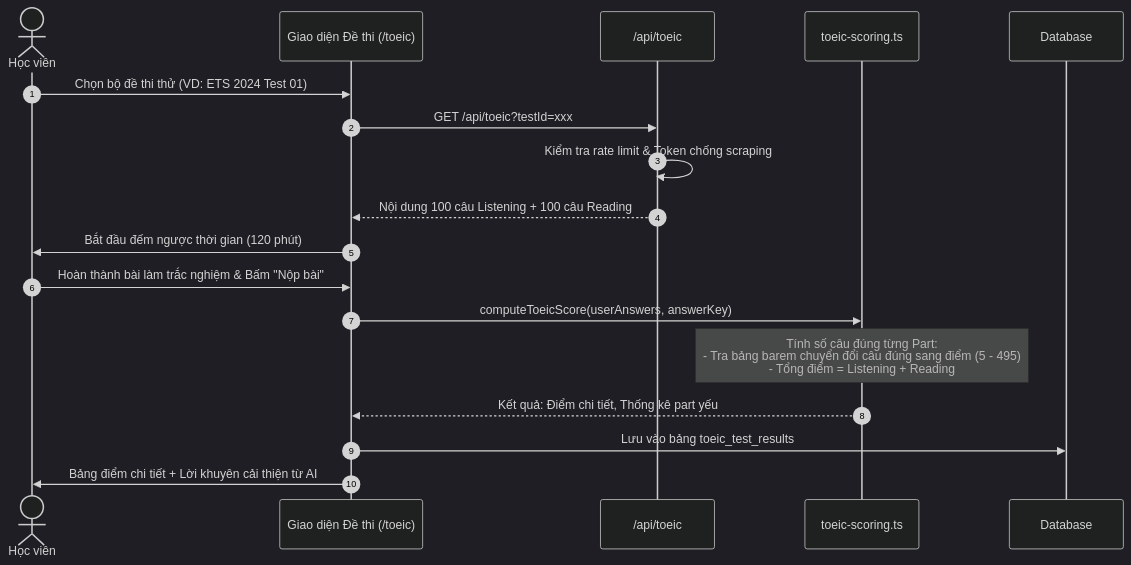
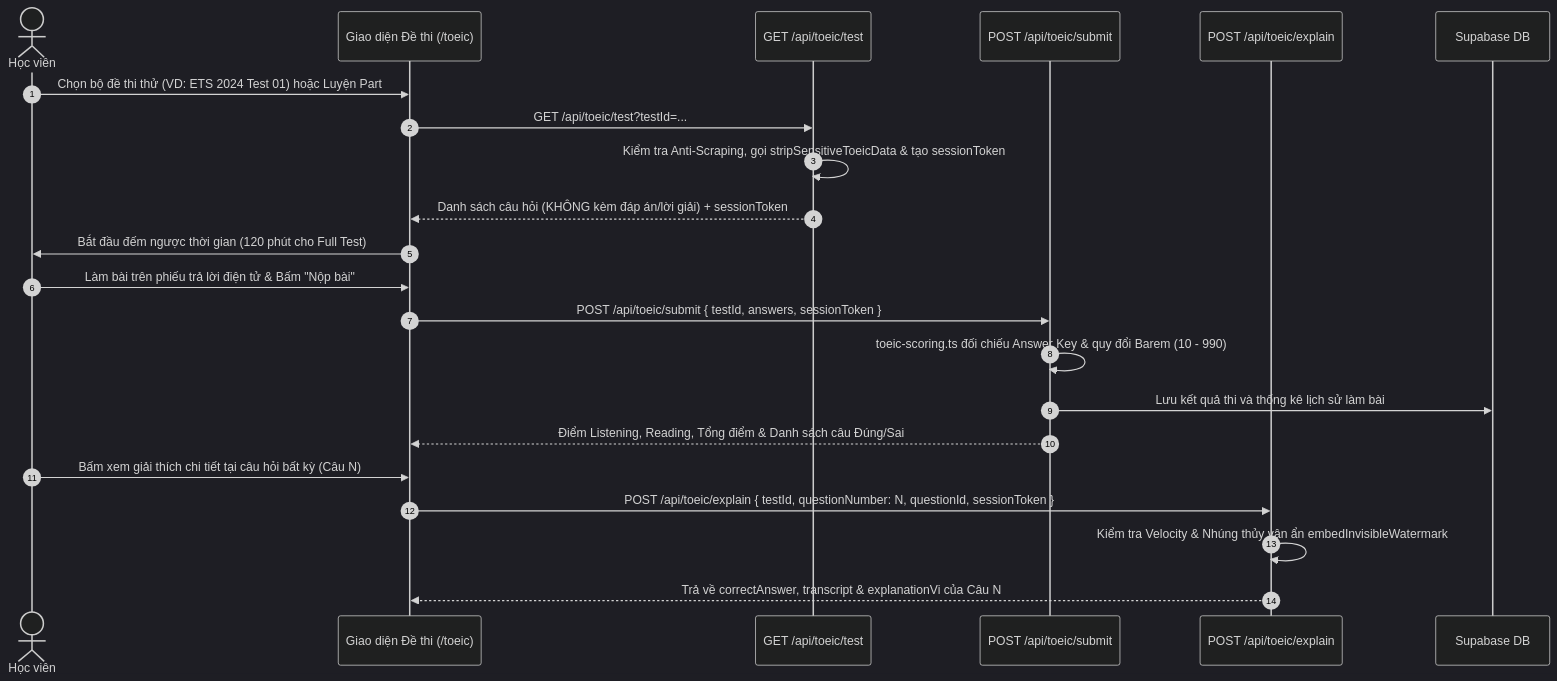
The third of 3 diagrams in agent/docs/SRS_04_TOEIC_LISTENING_EXAM.md (FengProfessor/Vocab), drawn with Mermaid (dark theme) before and after one commit. The commit also changed other lines of this file and 15 other files, not shown here.

Commit message:
docs(srs): complete 15 full-project SRS use cases and flow limitation audit

````diff
--- a/agent/docs/SRS_04_TOEIC_LISTENING_EXAM.md
+++ b/agent/docs/SRS_04_TOEIC_LISTENING_EXAM.md
@@ -104,21 +107,25 @@
 ```mermaid
 sequenceDiagram
     autonumber
     actor Student as Học viên
     participant ExamUI as Giao diện Đề thi (/toeic)
-    participant API as /api/toeic
-    participant Barem as toeic-scoring.ts
-    participant DB as Database
+    participant TestAPI as GET /api/toeic/test
+    participant SubmitAPI as POST /api/toeic/submit
+    participant ExplainAPI as POST /api/toeic/explain
+    participant DB as Supabase DB
 
-    Student->>ExamUI: Chọn bộ đề thi thử (VD: ETS 2024 Test 01)
-    ExamUI->>API: GET /api/toeic?testId=xxx
-    API->>API: Kiểm tra rate limit & Token chống scraping
-    API-->>ExamUI: Nội dung 100 câu Listening + 100 câu Reading
-    ExamUI->>Student: Bắt đầu đếm ngược thời gian (120 phút)
-    Student->>ExamUI: Hoàn thành bài làm trắc nghiệm & Bấm "Nộp bài"
-    ExamUI->>Barem: computeToeicScore(userAnswers, answerKey)
-    Note over Barem: Tính số câu đúng từng Part:<br/>- Tra bảng barem chuyển đổi câu đúng sang điểm (5 - 495)<br/>- Tổng điểm = Listening + Reading
-    Barem-->>ExamUI: Kết quả: Điểm chi tiết, Thống kê part yếu
-    ExamUI->>DB: Lưu vào bảng toeic_test_results
-    ExamUI->>Student: Bảng điểm chi tiết + Lời khuyên cải thiện từ AI
+    Student->>ExamUI: Chọn bộ đề thi thử (VD: ETS 2024 Test 01) hoặc Luyện Part
+    ExamUI->>TestAPI: GET /api/toeic/test?testId=...
+    TestAPI->>TestAPI: Kiểm tra Anti-Scraping, gọi stripSensitiveToeicData & tạo sessionToken
+    TestAPI-->>ExamUI: Danh sách câu hỏi (KHÔNG kèm đáp án/lời giải) + sessionToken
+    ExamUI->>Student: Bắt đầu đếm ngược thời gian (120 phút cho Full Test)
+    Student->>ExamUI: Làm bài trên phiếu trả lời điện tử & Bấm "Nộp bài"
+    ExamUI->>SubmitAPI: POST /api/toeic/submit { testId, answers, sessionToken }
+    SubmitAPI->>SubmitAPI: toeic-scoring.ts đối chiếu Answer Key & quy đổi Barem (10 - 990)
+    SubmitAPI->>DB: Lưu kết quả thi và thống kê lịch sử làm bài
+    SubmitAPI-->>ExamUI: Điểm Listening, Reading, Tổng điểm & Danh sách câu Đúng/Sai
+    Student->>ExamUI: Bấm xem giải thích chi tiết tại câu hỏi bất kỳ (Câu N)
+    ExamUI->>ExplainAPI: POST /api/toeic/explain { testId, questionNumber: N, questionId, sessionToken }
+    ExplainAPI->>ExplainAPI: Kiểm tra Velocity & Nhúng thủy vân ẩn embedInvisibleWatermark
+    ExplainAPI-->>ExamUI: Trả về correctAnswer, transcript & explanationVi của Câu N
 ```
````
